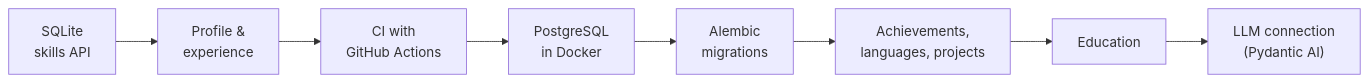
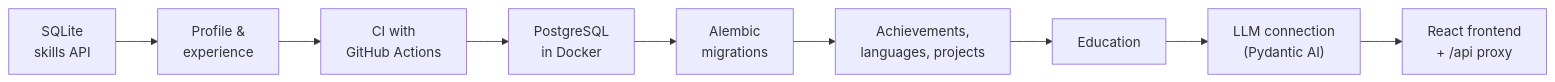
Before and after one commit to GioStack/career-copilot: the second of 2 diagrams in README.md, drawn with Mermaid. The commit also changed other lines of this file, not shown here.

Commit message:
docs: add the frontend to the README

````diff
--- a/README.md
+++ b/README.md
@@ -59,4 +62,4 @@
 ```mermaid
 flowchart LR
-    A["SQLite<br/>skills API"] --> B["Profile &<br/>experience"] --> C["CI with<br/>GitHub Actions"] --> D["PostgreSQL<br/>in Docker"] --> E["Alembic<br/>migrations"] --> F["Achievements,<br/>languages, projects"] --> G["Education"] --> H["LLM connection<br/>(Pydantic AI)"]
+    A["SQLite<br/>skills API"] --> B["Profile &<br/>experience"] --> C["CI with<br/>GitHub Actions"] --> D["PostgreSQL<br/>in Docker"] --> E["Alembic<br/>migrations"] --> F["Achievements,<br/>languages, projects"] --> G["Education"] --> H["LLM connection<br/>(Pydantic AI)"] --> I["React frontend<br/>+ /api proxy"]
 ```
````
